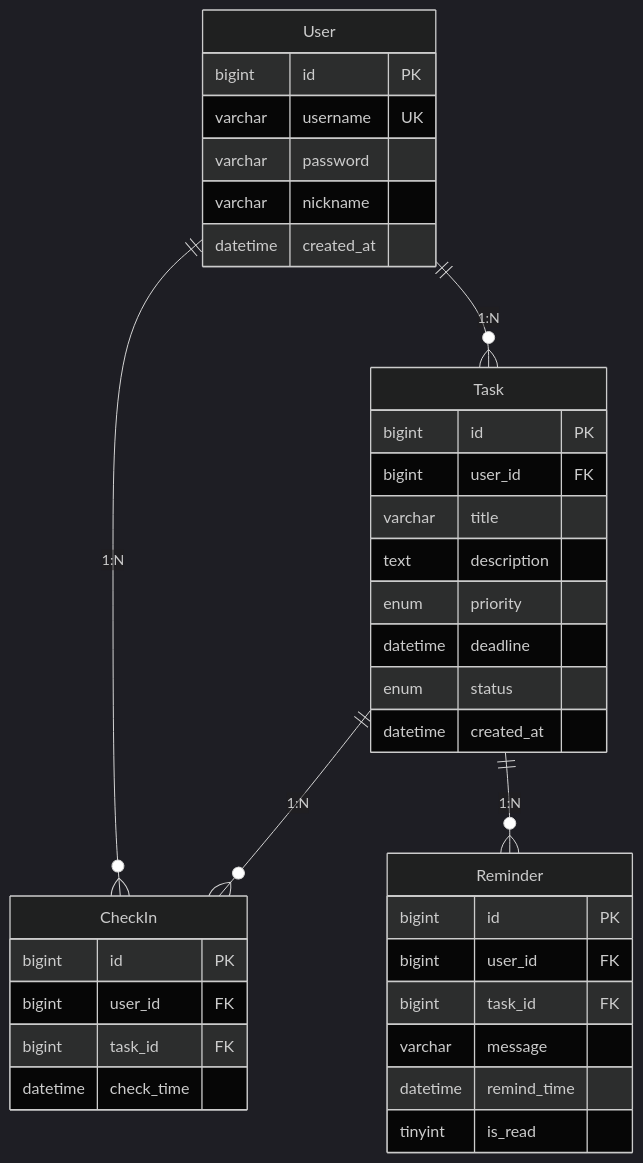
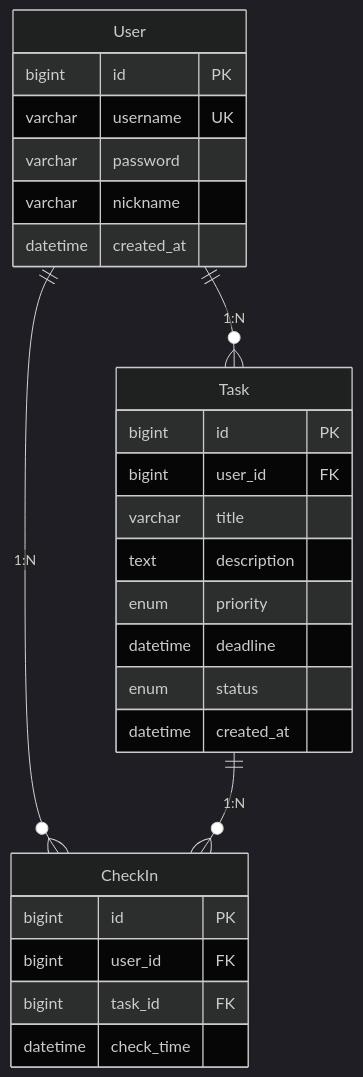
Before and after one commit to TonyzzZ666/Study-Agent: the seventh of 7 diagrams in 需求报告.md, drawn with Mermaid (dark theme). The commit also changed other lines of this file and 1 other file, not shown here.

````diff
--- a/需求报告.md
+++ b/需求报告.md
@@ -261,42 +229,32 @@
 ```mermaid
 erDiagram
     User ||--o{ Task : "1:N"
     User ||--o{ CheckIn : "1:N"
     Task ||--o{ CheckIn : "1:N"
-    Task ||--o{ Reminder : "1:N"
 
     User {
         bigint id PK
         varchar username UK
         varchar password
         varchar nickname
         datetime created_at
     }
 
     Task {
         bigint id PK
         bigint user_id FK
         varchar title
         text description
         enum priority
         datetime deadline
         enum status
         datetime created_at
     }
 
     CheckIn {
         bigint id PK
         bigint user_id FK
         bigint task_id FK
         datetime check_time
     }
-
-    Reminder {
-        bigint id PK
-        bigint user_id FK
-        bigint task_id FK
-        varchar message
-        datetime remind_time
-        tinyint is_read
-    }
 ```
````
